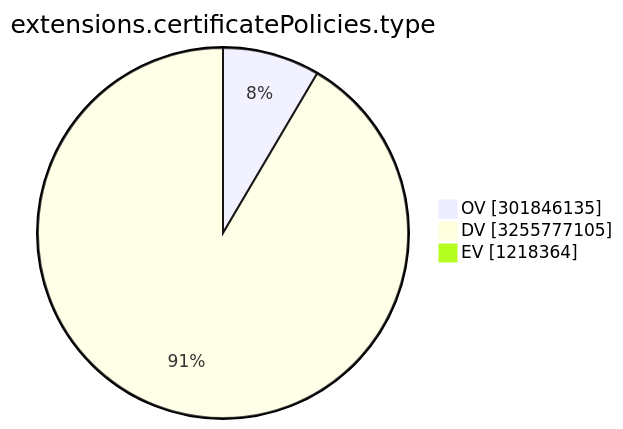
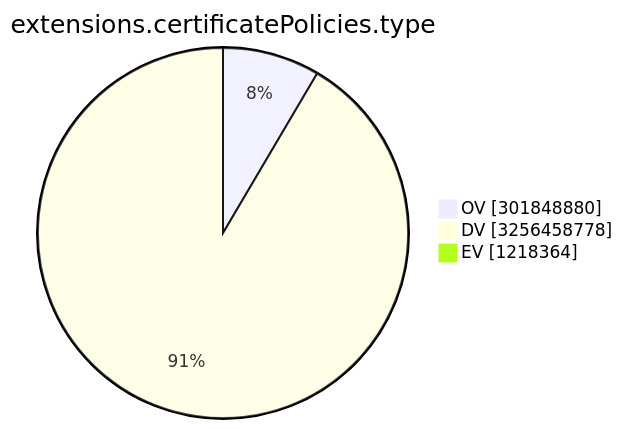
Before and after one commit to christiankrug/ctmonitor_visualization: the ninth of 15 diagrams in TOTAL/README.md, drawn with Mermaid. The commit also changed other lines of this file, not shown here.

````diff
--- a/TOTAL/README.md
+++ b/TOTAL/README.md
@@ -3107,7 +3107,7 @@
 ```mermaid
 pie showData
 title extensions.certificatePolicies.type
-"OV" :301846135
-"DV" :3255777105
+"OV" :301848880
+"DV" :3256458778
 "EV" :1218364
 ```
````
